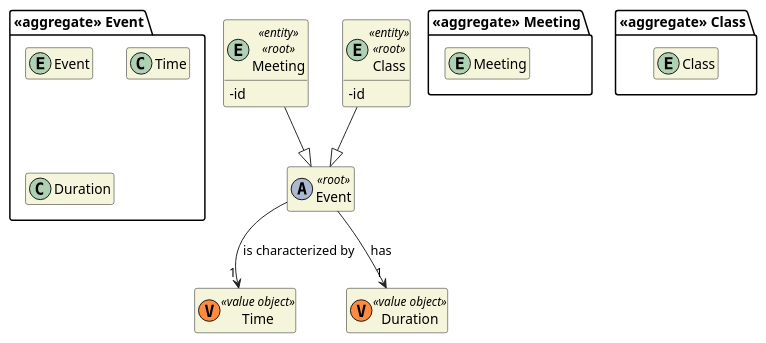
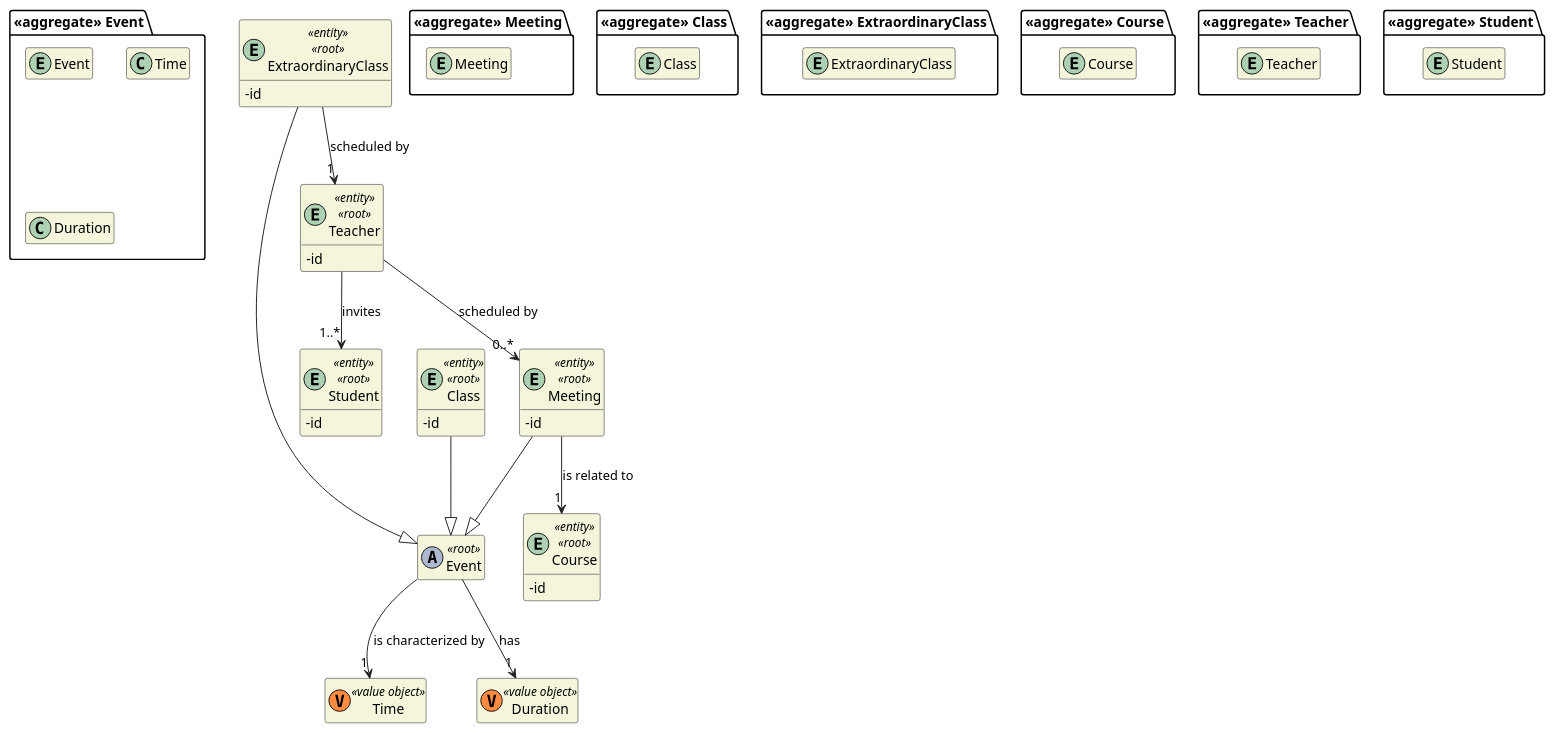
One commit to miseEnPlace-dev/lapr4 changed the diagram in docs/DM/DM_Events.puml. Above: the diagram before and after it, drawn with PlantUML.

Commit message:
docs(DM): updated Events dm

```diff
--- a/docs/DM/DM_Events.puml
+++ b/docs/DM/DM_Events.puml
@@ -1,48 +1,87 @@
 @startuml DM-EVENTS
 'https://plantuml.com/class-diagram
 
 skinparam classAttributeIconSize 0
 hide empty attributes
 hide empty methods
 skinparam classBackgroundColor beige
 skinparam ArrowColor #222222
 
 package "<<aggregate>> Event" {
     entity Event
 
     class Time
     class Duration
     ' class Type
 }
 
 entity Event <<(A,#adb9d1)>> <<root>> {
 }
 
 class Time <<(V,#FF8B40) value object>> {}
 class Duration <<(V,#FF8B40) value object>> {}
 ' class Type <<(V,#FF8B40) value object>> {}
 
 Event --> "1" Time : is characterized by
 Event --> "1" Duration : has
 ' Event --> "1" Type : is characterized by
 
 package "<<aggregate>> Meeting" {
     entity Meeting
 }
 
 entity Meeting <<entity>> <<root>> {
   -id
 }
 
 package "<<aggregate>> Class" {
     entity Class
 }
 
 entity Class <<entity>> <<root>> {
   -id
 }
 
+package "<<aggregate>> ExtraordinaryClass" {
+    entity ExtraordinaryClass
+}
+
+entity ExtraordinaryClass <<entity>> <<root>> {
+  -id
+}
+
+package "<<aggregate>> Course" {
+    entity Course
+}
+
+entity Course <<entity>> <<root>> {
+  -id
+}
+
+package "<<aggregate>> Teacher" {
+    entity Teacher
+}
+
+entity Teacher <<entity>> <<root>> {
+  -id
+}
+
+package "<<aggregate>> Student" {
+    entity Student
+}
+
+entity Student <<entity>> <<root>> {
+  -id
+}
+
 Class --|> Event 
 Meeting --|> Event
 
+Meeting --> "1" Course : is related to
+Teacher --> "0..*" Meeting : scheduled by
+Teacher --> "1..*" Student : invites
+
+ExtraordinaryClass --|> Event
+ExtraordinaryClass --> "1" Teacher : scheduled by
+
 @enduml
```
